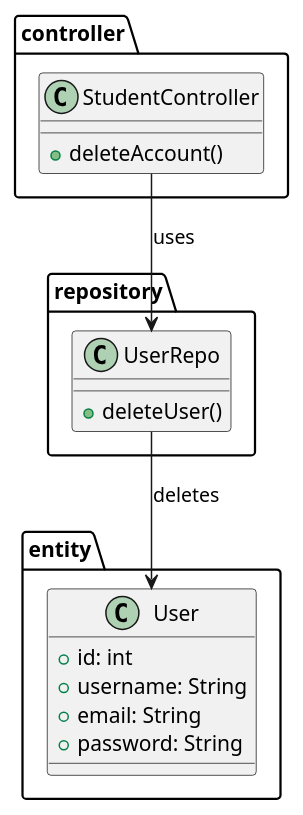
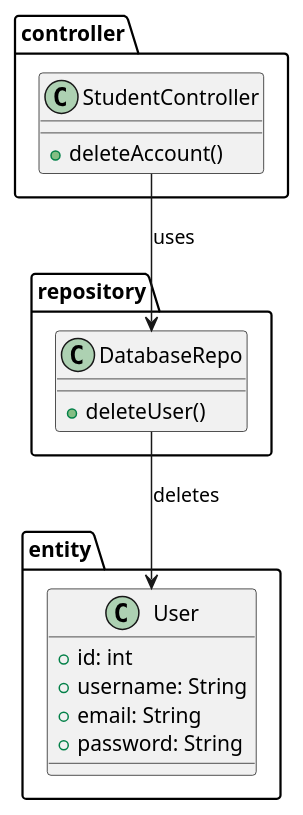
One commit to iamSlightlyWind/Legacy changed the diagram in SWD392/class_diagrams/13_delete_account.puml. Above: the diagram before and after it, drawn with PlantUML. The commit also changed 34 other files, not shown here.

Commit message:
SWD392: Class Diagrams: Fixed Code Package missmatch

```diff
--- a/SWD392/class_diagrams/13_delete_account.puml
+++ b/SWD392/class_diagrams/13_delete_account.puml
@@ -1,25 +1,25 @@
 @startuml
 package controller {
     class StudentController {
         +deleteAccount()
     }
 }
 
 package repository {
-    class UserRepo {
+    class DatabaseRepo {
         +deleteUser()
     }
 }
 
 package entity {
     class User {
         +id: int
         +username: String
         +email: String
         +password: String
     }
 }
 
-StudentController --> UserRepo : uses
-UserRepo --> User : deletes
+StudentController --> DatabaseRepo : uses
+DatabaseRepo --> User : deletes
 @enduml
```
